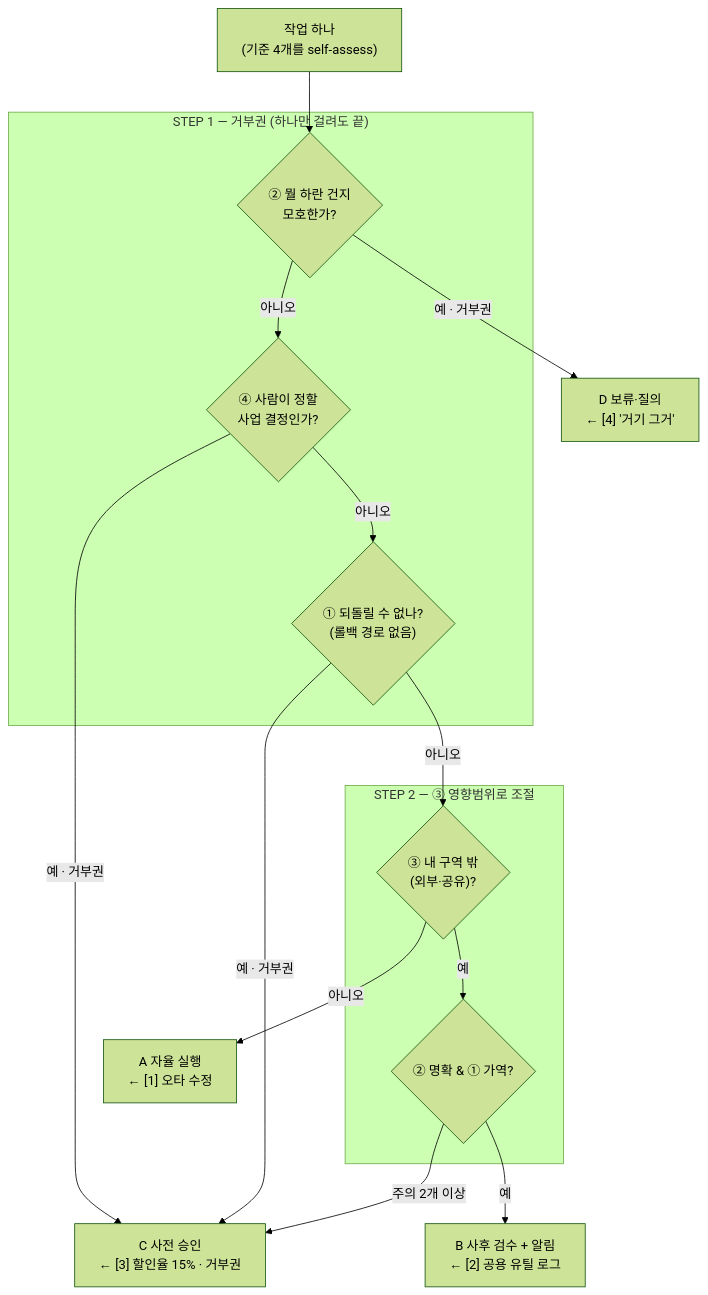
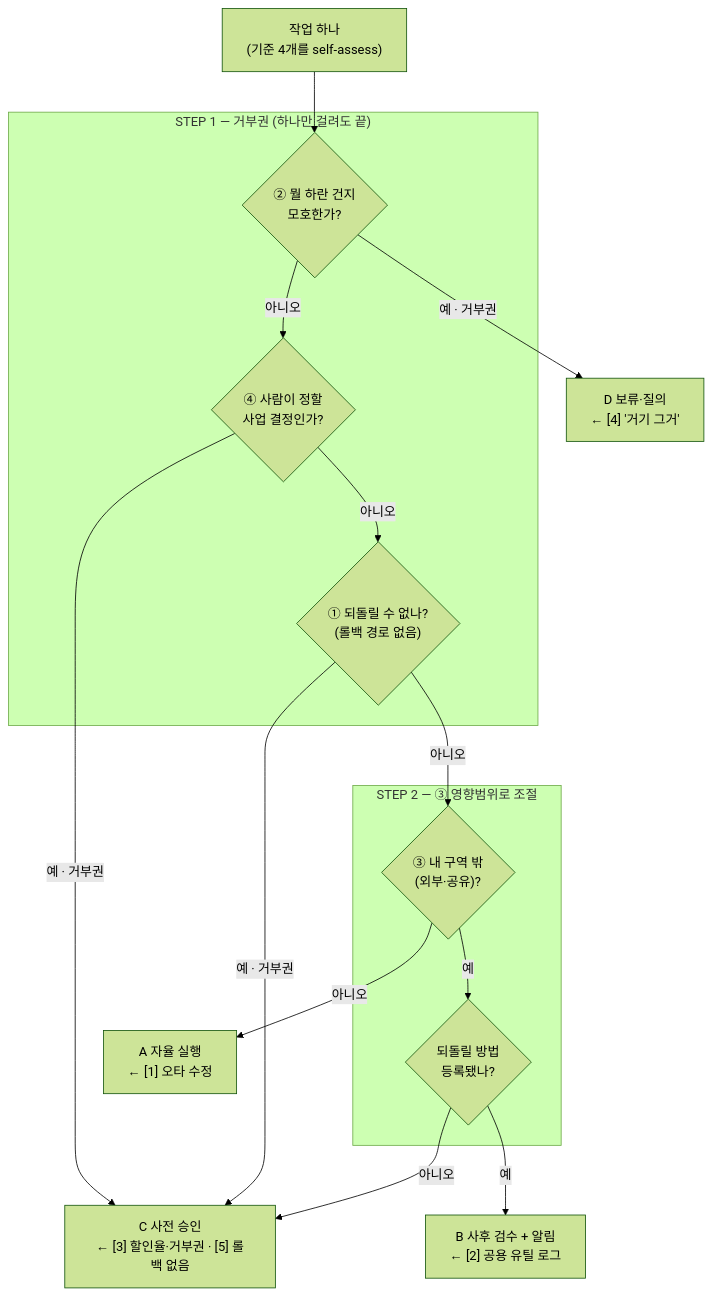
One commit to neisii/harness-naroo changed the first of 2 diagrams in QUICKSTART.md. Above: the diagram before and after it, drawn with Mermaid (forest theme). The commit also changed other lines of this file and 5 other files, not shown here.

````diff
--- a/QUICKSTART.md
+++ b/QUICKSTART.md
@@ -42,28 +46,28 @@
 ```mermaid
 flowchart TD
   START["작업 하나<br/>(기준 4개를 self-assess)"]
   subgraph STEP1["STEP 1 — 거부권 (하나만 걸려도 끝)"]
     Q2{"② 뭘 하란 건지<br/>모호한가?"}
     Q4{"④ 사람이 정할<br/>사업 결정인가?"}
     Q1{"① 되돌릴 수 없나?<br/>(롤백 경로 없음)"}
   end
   subgraph STEP2["STEP 2 — ③ 영향범위로 조절"]
     Q3{"③ 내 구역 밖<br/>(외부·공유)?"}
-    ADJ{"② 명확 & ① 가역?"}
+    RB{"되돌릴 방법<br/>등록됐나?"}
   end
   A["A 자율 실행<br/>← [1] 오타 수정"]
   B["B 사후 검수 + 알림<br/>← [2] 공용 유틸 로그"]
-  C["C 사전 승인<br/>← [3] 할인율 15% · 거부권"]
+  C["C 사전 승인<br/>← [3] 할인율·거부권 · [5] 롤백 없음"]
   D["D 보류·질의<br/>← [4] '거기 그거'"]
   START --> Q2
   Q2 -->|예 · 거부권| D
   Q2 -->|아니오| Q4
   Q4 -->|예 · 거부권| C
   Q4 -->|아니오| Q1
   Q1 -->|예 · 거부권| C
   Q1 -->|아니오| Q3
   Q3 -->|아니오| A
-  Q3 -->|예| ADJ
-  ADJ -->|예| B
-  ADJ -->|주의 2개 이상| C
+  Q3 -->|예| RB
+  RB -->|예| B
+  RB -->|아니오| C
 ```
````
